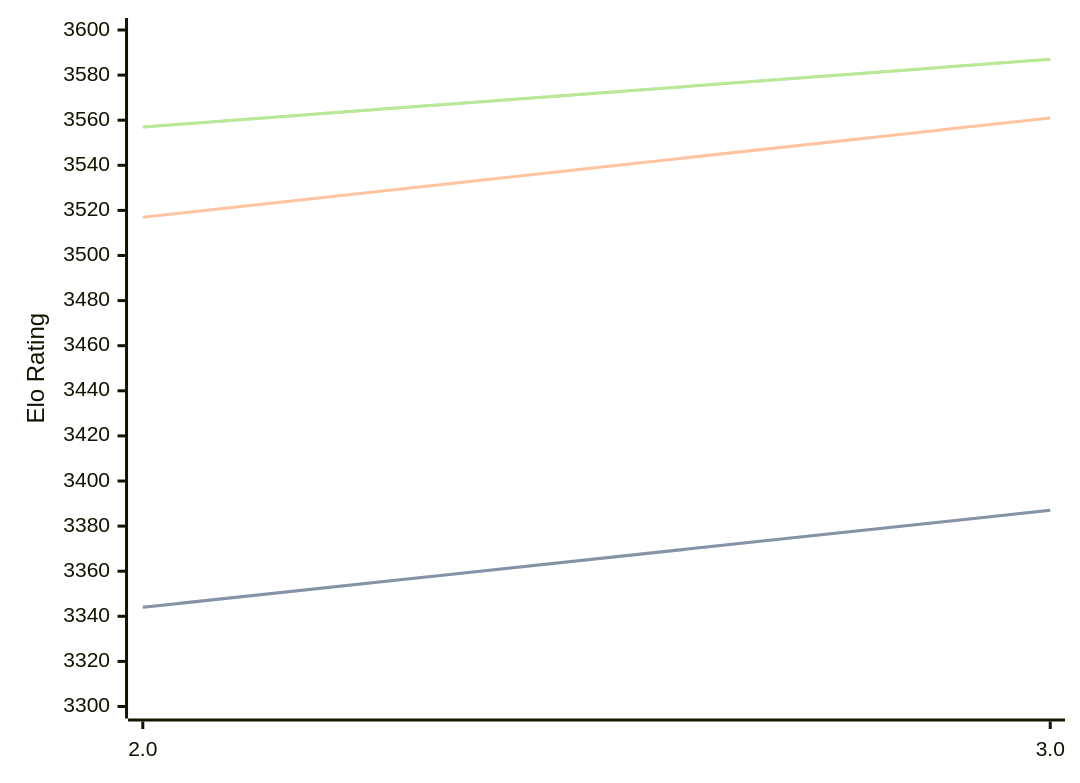
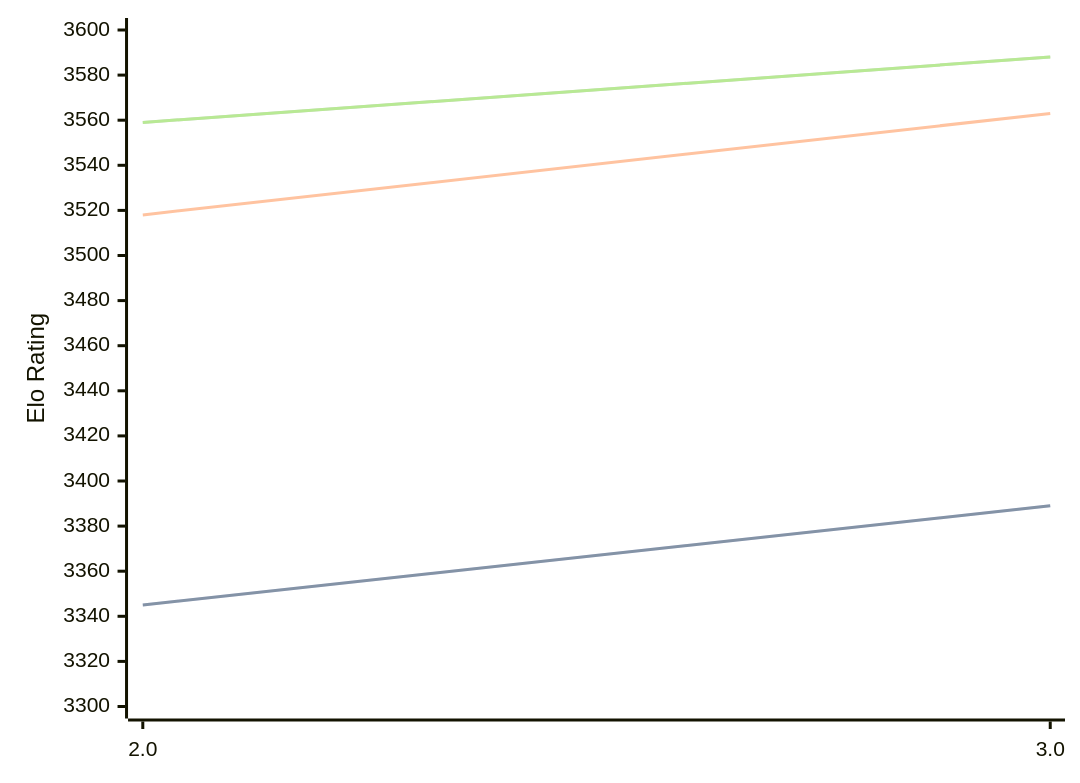
The diagram in engines/Quanticade.md (computer-chess-index/cci), drawn with Mermaid before and after one commit. The commit also changed other lines of this file, not shown here.

Commit message:
Update CCI Ratings (ELO VLTC) - 2026-05-12

````diff
--- a/engines/Quanticade.md
+++ b/engines/Quanticade.md
@@ -41,11 +41,11 @@
 ```mermaid
 %%{init: {"theme":"base","themeVariables":{"seriesColors:['#a3a3a3','#222221','#faa371']}}}%%
 xychart-beta
   x-axis ["2.0", "3.0"]
   y-axis "Elo Rating" 3300 --> 3600
-  line "STC (8.0+0.08s)" [3344, 3387]
-  line "STC (8.0+0.08s)" [3344, 3387]
-  line "LTC (60.0+0.60s)" [3517, 3561]
-  line "VLTC (2m24s+1.12s)" [3557, 3587]
-  line "VLTC (2m24s+1.12s)" [3557, 3587]
+  line "STC (8.0+0.08s)" [3345, 3389]
+  line "STC (8.0+0.08s)" [3345, 3389]
+  line "LTC (60.0+0.60s)" [3518, 3563]
+  line "VLTC (2m24s+1.12s)" [3559, 3588]
+  line "VLTC (2m24s+1.12s)" [3559, 3588]
 ```
````
